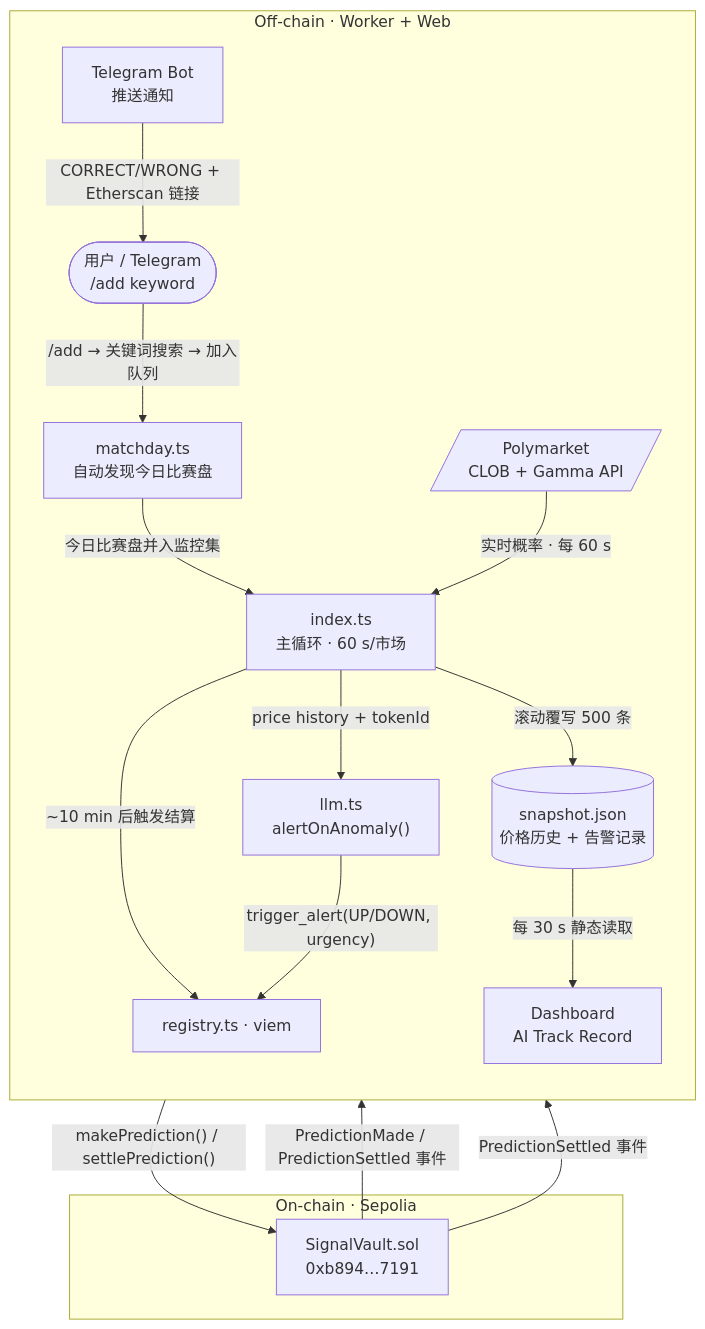
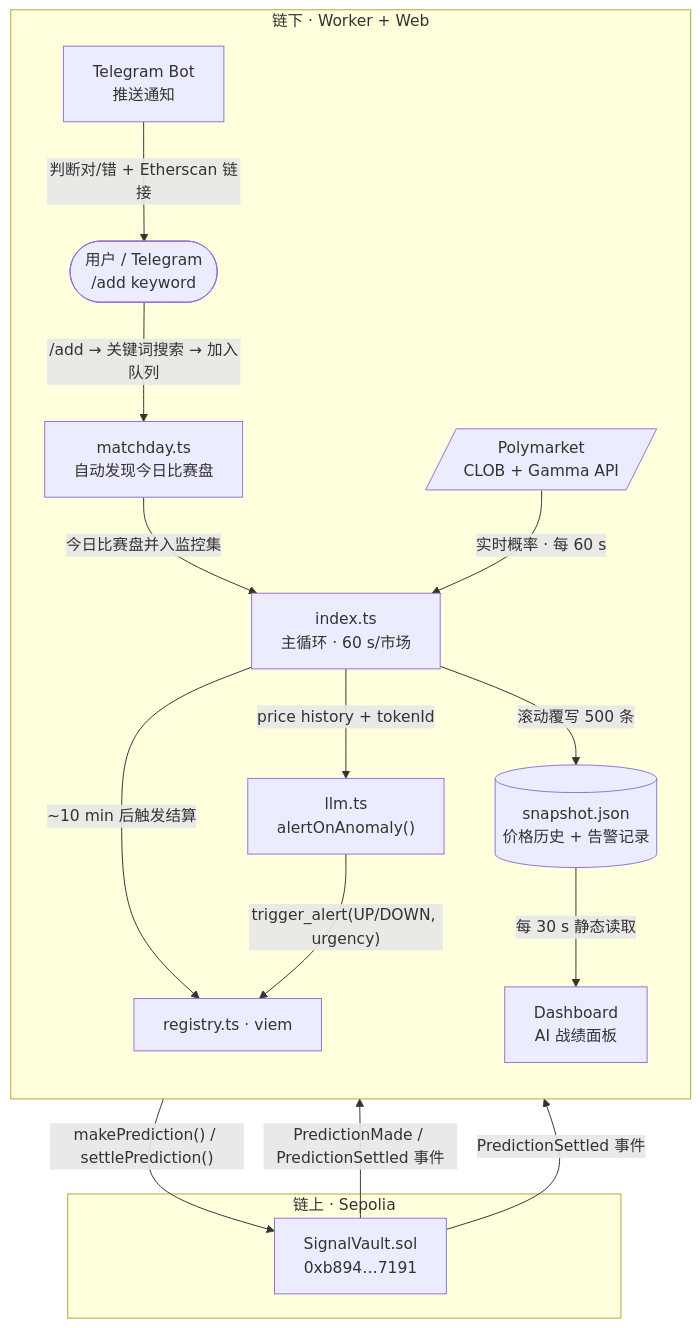
Before and after one commit to ljwbpng09/hackcamp-w2-signal-vault: the first of 2 diagrams in README.md, drawn with Mermaid. The commit also changed other lines of this file and 1 other file, not shown here.

````diff
--- a/README.md
+++ b/README.md
@@ -49,32 +50,32 @@
 ```mermaid
 flowchart TB
-    subgraph offchain["Off-chain · Worker + Web"]
+    subgraph offchain["链下 · Worker + Web"]
         direction TB
         U(["用户 / Telegram\n/add keyword"])
         MT["matchday.ts\n自动发现今日比赛盘"]
         PM[/"Polymarket\nCLOB + Gamma API"/]
         IDX["index.ts\n主循环 · 60 s/市场"]
         LLM["llm.ts\nalertOnAnomaly()"]
         SJ[("snapshot.json\n价格历史 + 告警记录")]
         REG["registry.ts · viem"]
-        DB["Dashboard\nAI Track Record"]
+        DB["Dashboard\nAI 战绩面板"]
         TG["Telegram Bot\n推送通知"]
     end
 
-    subgraph onchain["On-chain · Sepolia"]
+    subgraph onchain["链上 · Sepolia"]
         SC["SignalVault.sol\n0xb894…7191"]
     end
 
     U          -->|"/add → 关键词搜索 → 加入队列"| MT
     MT         -->|"今日比赛盘并入监控集"| IDX
     PM         -->|"实时概率 · 每 60 s"| IDX
     IDX        -->|"price history + tokenId"| LLM
     IDX        -->|"滚动覆写 500 条"| SJ
     IDX        -->|"~10 min 后触发结算"| REG
     LLM        -->|"trigger_alert(UP/DOWN, urgency)"| REG
     SJ         -->|"每 30 s 静态读取"| DB
     REG        -->|"makePrediction() / settlePrediction()"| SC
     SC         -->|"PredictionMade / PredictionSettled 事件"| DB
     SC         -->|"PredictionSettled 事件"| TG
-    TG         -->|"CORRECT/WRONG + Etherscan 链接"| U
+    TG         -->|"判断对/错 + Etherscan 链接"| U
 ```
````
